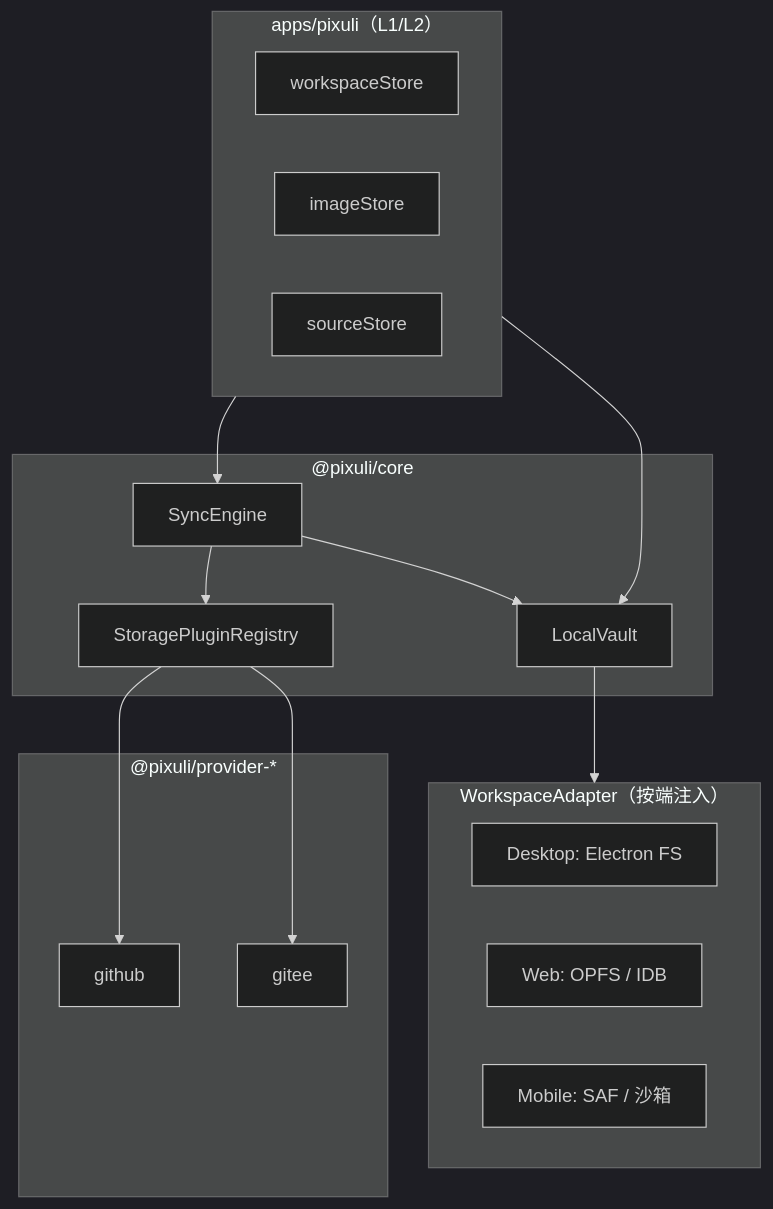
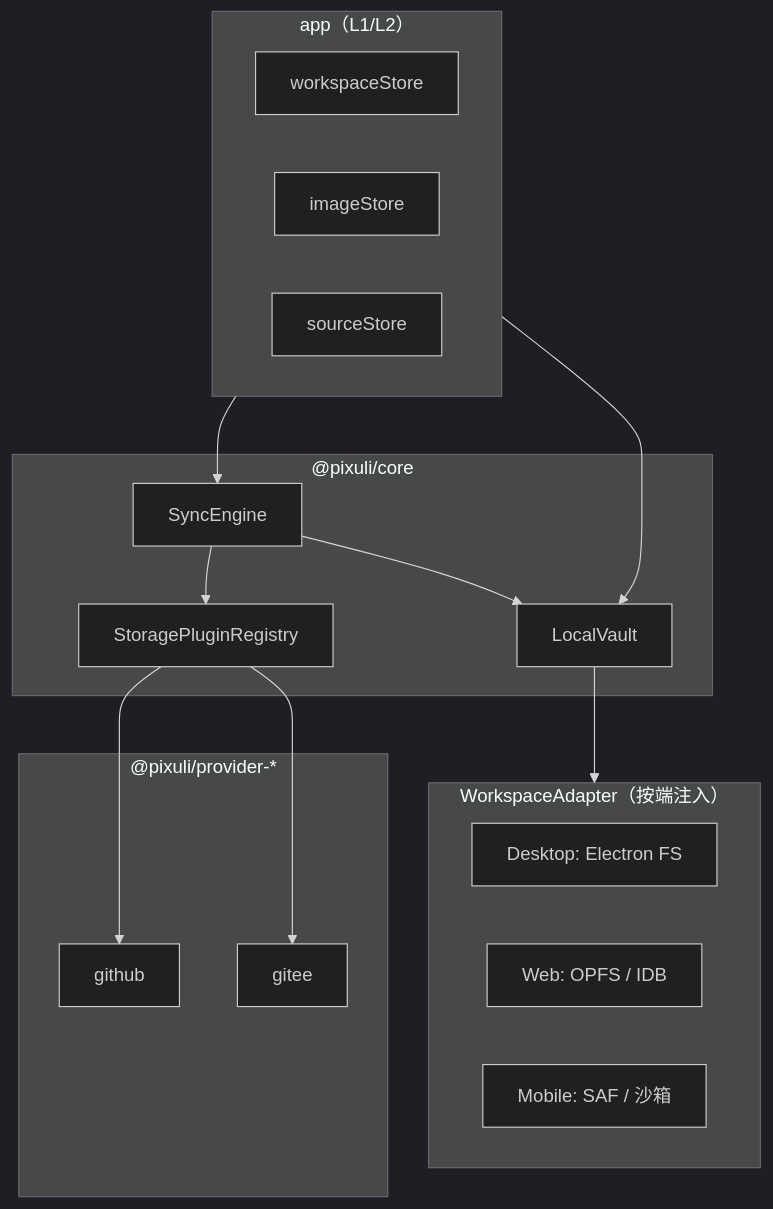
One commit to trueLoving/Pixuli changed the diagram in docs/02-system-design/05-local-workspace-sync.md. Above: the diagram before and after it, drawn with Mermaid (dark theme). The commit also changed other lines of this file and 498 other files, not shown here.

First line of the commit message:
chore: 将 apps/pixuli 扁平化为仓库根 app/ (#202)

````diff
--- a/docs/02-system-design/05-local-workspace-sync.md
+++ b/docs/02-system-design/05-local-workspace-sync.md
@@ -93,33 +93,33 @@
 ```mermaid
 flowchart TB
-  subgraph UI["apps/pixuli（L1/L2）"]
+  subgraph UI["app（L1/L2）"]
     WS[workspaceStore]
     IS[imageStore]
     SS[sourceStore]
   end
 
   subgraph Core["@pixuli/core"]
     LV[LocalVault]
     SE[SyncEngine]
     REG[StoragePluginRegistry]
   end
 
   subgraph Adapter["WorkspaceAdapter（按端注入）"]
     D[Desktop: Electron FS]
     W[Web: OPFS / IDB]
     M[Mobile: SAF / 沙箱]
   end
 
   subgraph Provider["@pixuli/provider-*"]
     GH[github]
     GT[gitee]
   end
 
   UI --> LV
   UI --> SE
   SE --> LV
   SE --> REG
   LV --> Adapter
   REG --> GH
   REG --> GT
 ```
````
